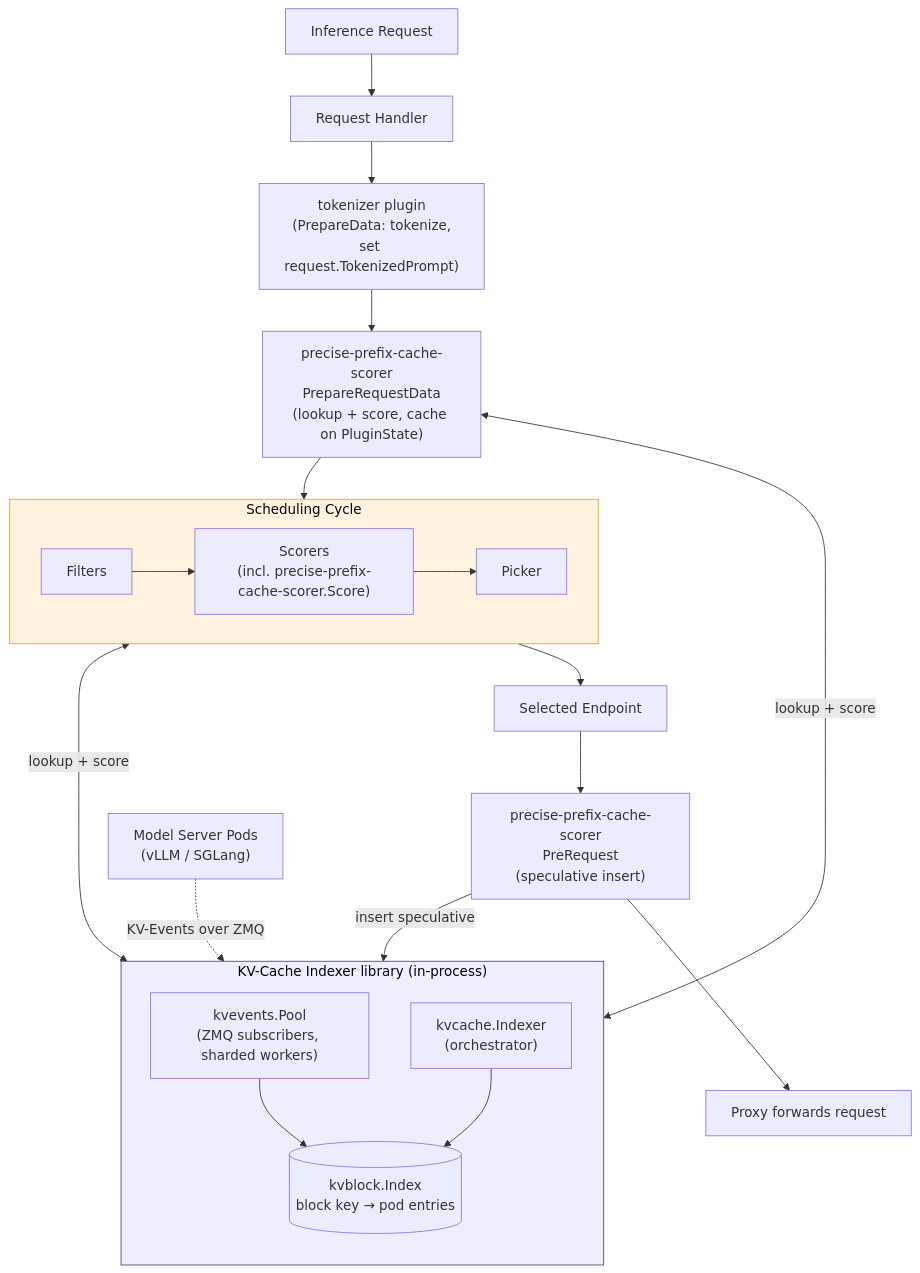
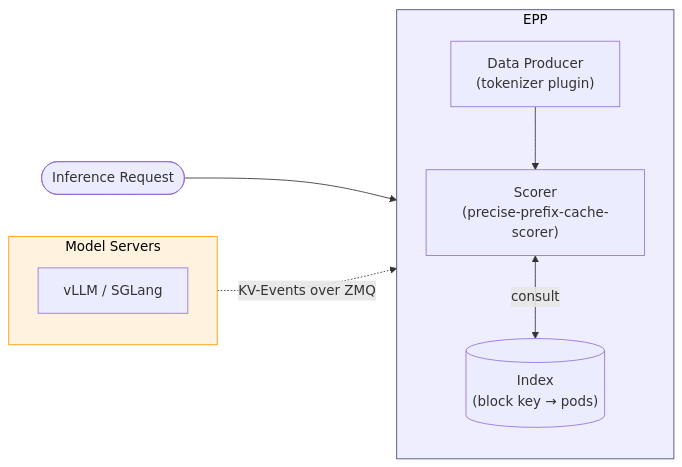
Before and after one commit to llm-d/llm-d: the diagram in docs/wip-docs-new/architecture/advanced/kv-indexer.md, drawn with Mermaid. The commit also changed other lines of this file, not shown here.

````diff
--- a/docs/wip-docs-new/architecture/advanced/kv-indexer.md
+++ b/docs/wip-docs-new/architecture/advanced/kv-indexer.md
@@ -26,35 +30,23 @@
 ```mermaid
-flowchart TB
-    Req[Inference Request] --> Parser[Request Handler]
-    Parser --> Tok["tokenizer plugin<br/>(PrepareData: tokenize,<br/>set request.TokenizedPrompt)"]
-    Tok --> Prep["precise-prefix-cache-scorer<br/>PrepareRequestData<br/>(lookup + score, cache on PluginState)"]
-    Prep --> Cycle[Filter → Score → Pick]
+flowchart LR
+    Req([Inference Request]) --> DP
 
-    subgraph Cycle [Scheduling Cycle]
-        direction LR
-        F[Filters] --> S["Scorers<br/>(incl. precise-prefix-cache-scorer.Score)"]
-        S --> P[Picker]
+    subgraph EPP["EPP"]
+        direction TB
+        DP["Data Producer<br/>(tokenizer plugin)"]
+        Scorer["Scorer<br/>(precise-prefix-cache-scorer)"]
+        Index[("Index<br/>(block key → pods)")]
+        DP --> Scorer
+        Scorer <-->|consult| Index
     end
 
-    Cycle --> Sel[Selected Endpoint]
-    Sel --> PreReq["precise-prefix-cache-scorer<br/>PreRequest<br/>(speculative insert)"]
-    PreReq --> Proxy[Proxy forwards request]
-
-    subgraph Lib ["KV-Cache Indexer library (in-process)"]
+    subgraph MS["Model Servers"]
         direction TB
-        Idx["kvcache.Indexer<br/>(orchestrator)"]
-        Index[("kvblock.Index<br/>block key → pod entries")]
-        Pool["kvevents.Pool<br/>(ZMQ subscribers, sharded workers)"]
-        Pool --> Index
-        Idx --> Index
+        vllm["vLLM / SGLang"]
     end
 
-    Prep <-->|lookup + score| Idx
-    S <-->|lookup + score| Idx
-    PreReq -->|insert speculative| Index
+    MS -.KV-Events over ZMQ.-> Index
 
-    MS["Model Server Pods<br/>(vLLM / SGLang)"] -.KV-Events over ZMQ.-> Pool
-
-    style Lib fill:#eef,stroke:#447,color:#000
-    style Cycle fill:#fff3e0,stroke:#ff9800,color:#000
+    style EPP fill:#eef,stroke:#447,color:#000
+    style MS fill:#fff3e0,stroke:#ff9800,color:#000
 ```
````
